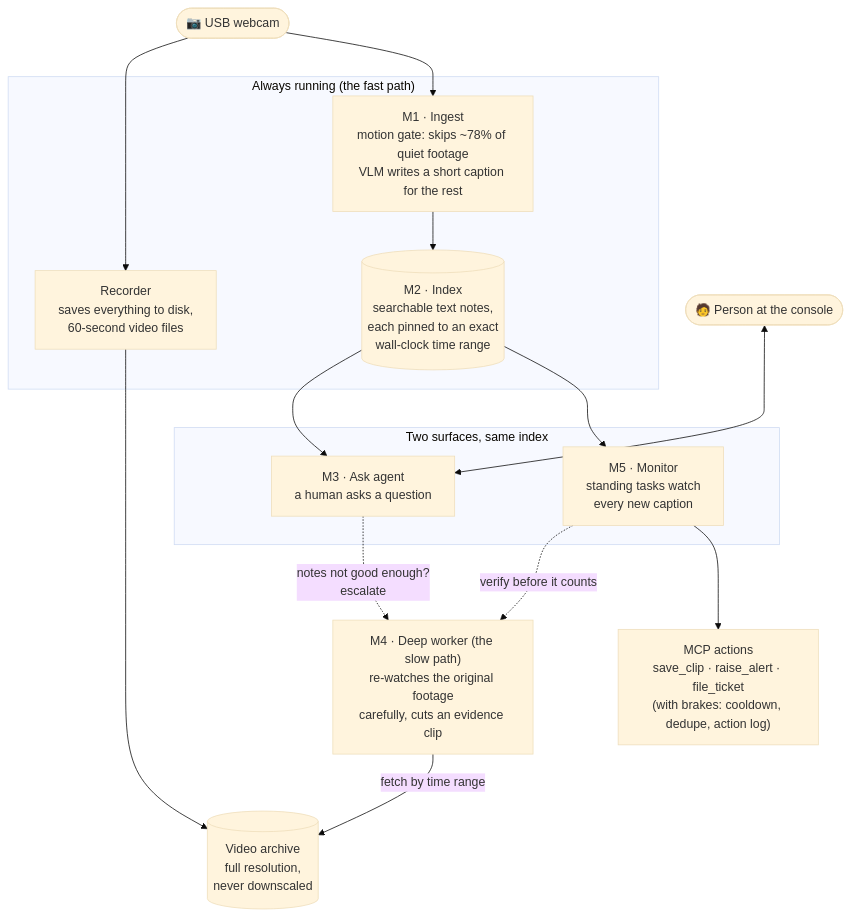
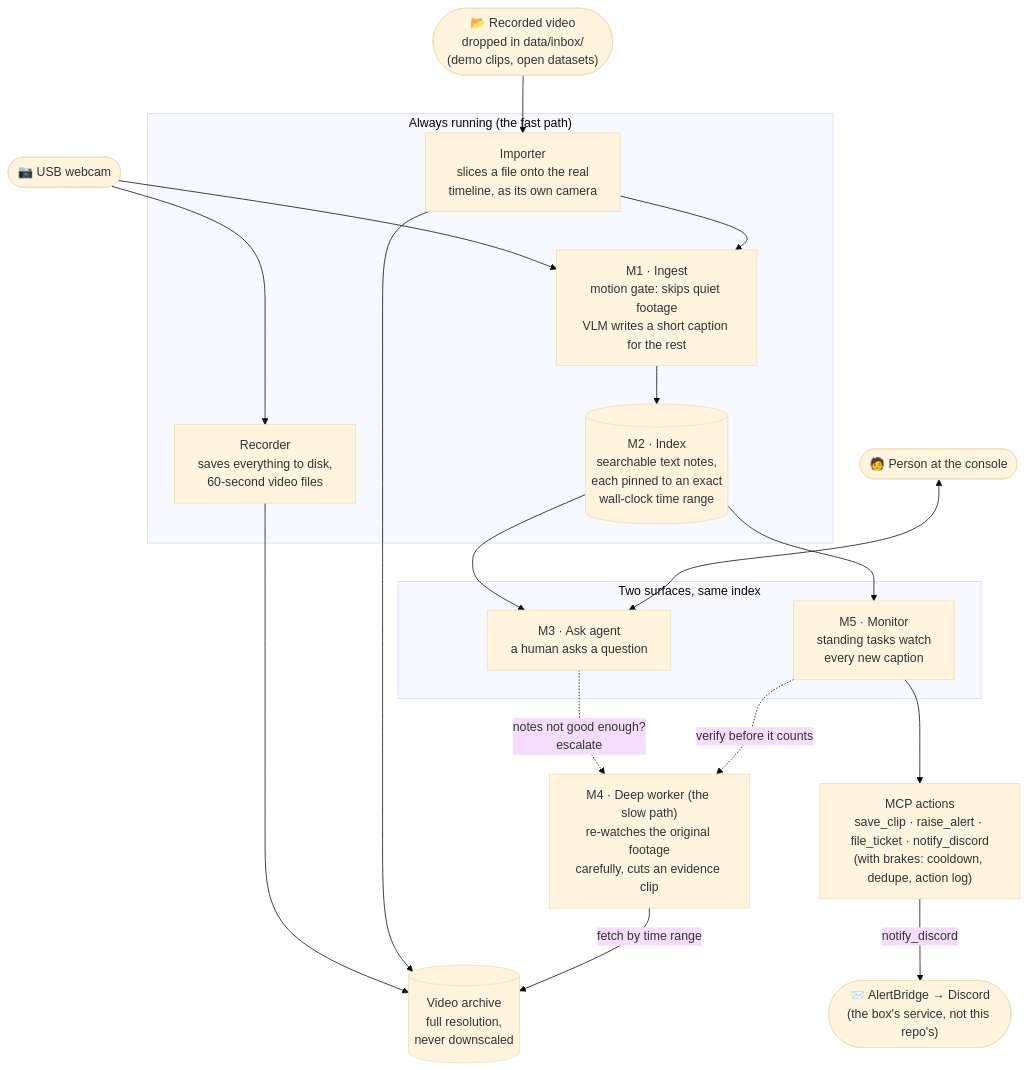
The first of 2 diagrams in ARCHITECTURE.md (gkCode001/iSeeIDo-seattle-spark), drawn with Mermaid (base theme) before and after one commit. The commit also changed other lines of this file and 2 other files, not shown here.

First line of the commit message:
docs: catch the README and diagrams up to the importer, Discord, and the box's models

````diff
--- a/ARCHITECTURE.md
+++ b/ARCHITECTURE.md
@@ -26,31 +28,37 @@
 ```mermaid
 flowchart TB
     CAM(["📷 USB webcam"])
+    DROP(["📂 Recorded video\ndropped in data/inbox/\n(demo clips, open datasets)"])
 
     subgraph ALWAYS["Always running (the fast path)"]
         REC["Recorder\nsaves everything to disk,\n60-second video files"]
-        ING["M1 · Ingest\nmotion gate: skips ~78% of quiet footage\nVLM writes a short caption for the rest"]
+        IMP["Importer\nslices a file onto the real\ntimeline, as its own camera"]
+        ING["M1 · Ingest\nmotion gate: skips quiet footage\nVLM writes a short caption for the rest"]
         IDX[("M2 · Index\nsearchable text notes,\neach pinned to an exact\nwall-clock time range")]
     end
 
     ARCH[("Video archive\nfull resolution,\nnever downscaled")]
 
     subgraph SURFACES["Two surfaces, same index"]
         ASK["M3 · Ask agent\na human asks a question"]
         MON["M5 · Monitor\nstanding tasks watch\nevery new caption"]
     end
 
     DEEP["M4 · Deep worker (the slow path)\nre-watches the original footage\ncarefully, cuts an evidence clip"]
-    MCP["MCP actions\nsave_clip · raise_alert · file_ticket\n(with brakes: cooldown, dedupe, action log)"]
+    MCP["MCP actions\nsave_clip · raise_alert · file_ticket · notify_discord\n(with brakes: cooldown, dedupe, action log)"]
+    AB(["📨 AlertBridge → Discord\n(the box's service, not this repo's)"])
     USER(["🧑 Person at the console"])
 
     CAM --> REC --> ARCH
     CAM --> ING --> IDX
+    DROP --> IMP --> ARCH
+    IMP --> ING
     IDX --> ASK
     IDX --> MON
     USER <--> ASK
     ASK -. "notes not good enough?\nescalate" .-> DEEP
     MON -. "verify before it counts" .-> DEEP
     DEEP -->|"fetch by time range"| ARCH
     MON --> MCP
+    MCP -->|"notify_discord"| AB
 ```
````
